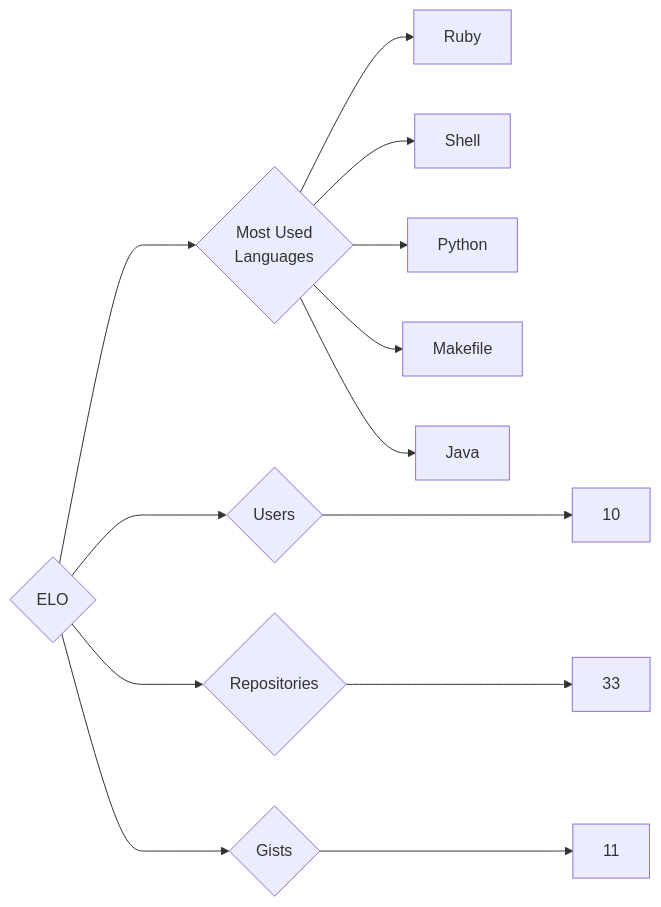
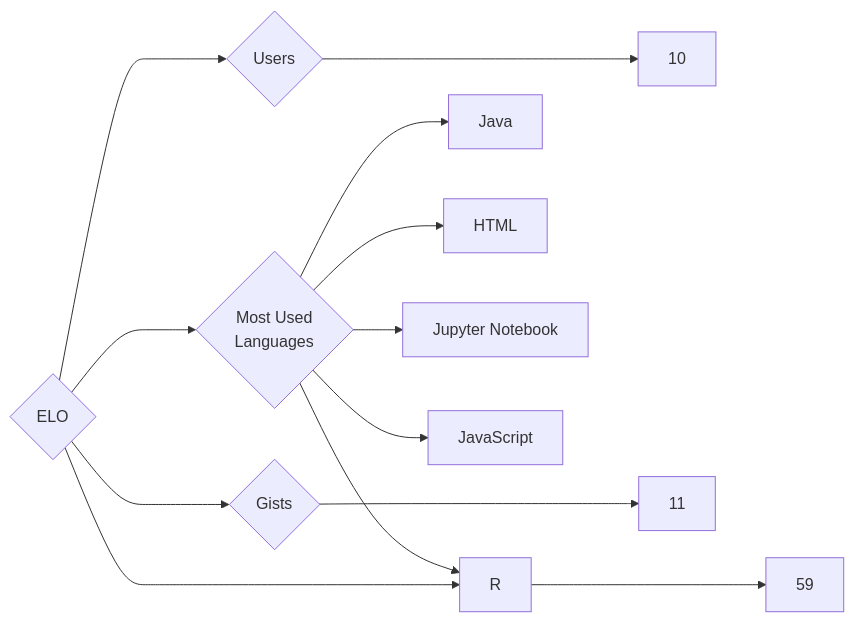
The diagram in targets/ELO/README.md (trickest/insiders), drawn with Mermaid before and after one commit. The commit also changed 1195 other files, not shown here.

````diff
--- a/targets/ELO/README.md
+++ b/targets/ELO/README.md
@@ -3,13 +3,13 @@
 ```mermaid
 graph LR
 COMPANY_NAME{ELO}
 COMPANY_NAME ---> U{Users} ---> UN[10]
-COMPANY_NAME ---> R{Repositories} ---> RN[33]
+COMPANY_NAME ---> R{Repositories} ---> RN[59]
 COMPANY_NAME ---> G{Gists} ---> GN[11]
 COMPANY_NAME ---> ML{Most Used<br>Languages}
-ML --> Ruby[Ruby]
-ML --> Shell[Shell]
-ML --> Python[Python]
-ML --> Makefile[Makefile]
 ML --> Java[Java]
+ML --> HTML[HTML]
+ML --> R[R]
+ML --> Jupyter_Notebook[Jupyter Notebook]
+ML --> JavaScript[JavaScript]
 ```
````
